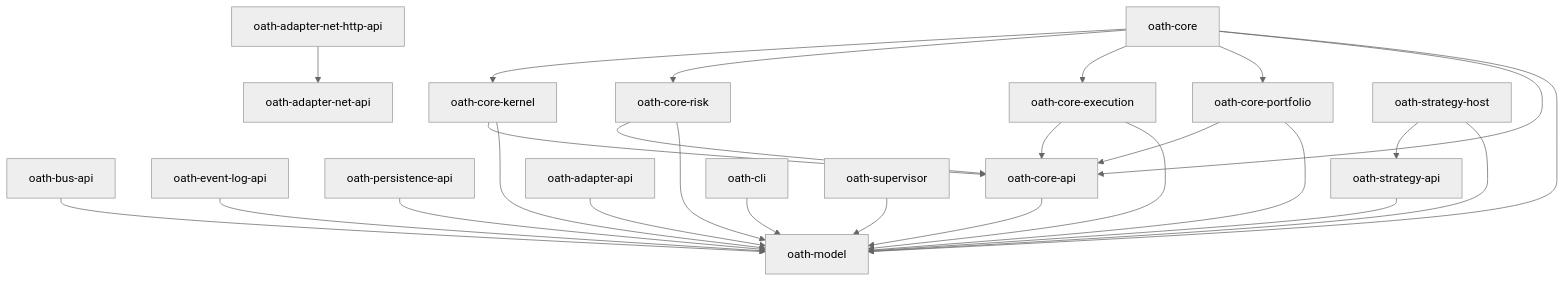
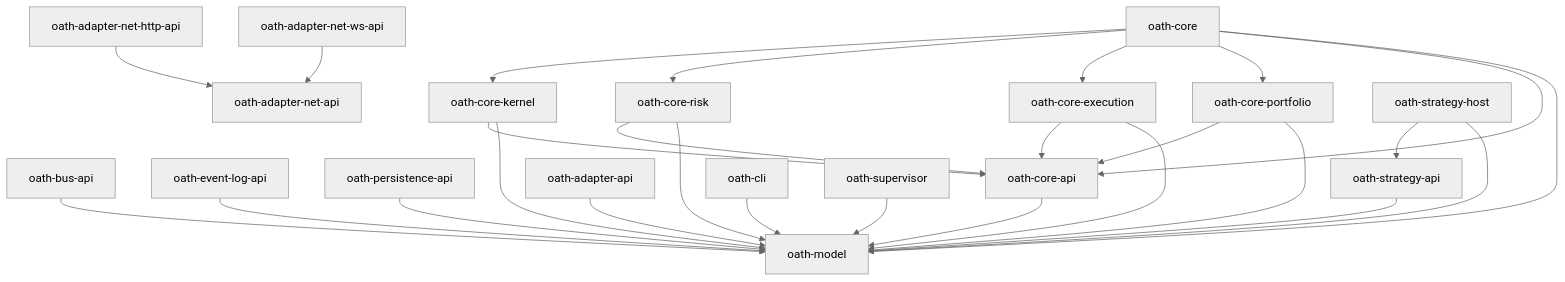
Before and after one commit to NotAProfDev/oath: the diagram in README.md, drawn with Mermaid (neutral theme). The commit also changed other lines of this file and 17 other files, not shown here.

First line of the commit message:
feat(net): WebSocket transport contract — net-ws-api + net-ws-mock (ADR-0032/0033) (#65)

````diff
--- a/README.md
+++ b/README.md
@@ -34,34 +35,35 @@
 ```mermaid
 graph TD
     model[oath-model]
 
     busapi[oath-bus-api] --> model
     evlog[oath-event-log-api] --> model
     perapi[oath-persistence-api] --> model
     coreapi[oath-core-api] --> model
     adapterapi[oath-adapter-api] --> model
     stratapi[oath-strategy-api] --> model
     netapi[oath-adapter-net-api]
     nethttpapi[oath-adapter-net-http-api] --> netapi
+    netwsapi[oath-adapter-net-ws-api] --> netapi
 
     risk[oath-core-risk] --> coreapi
     risk --> model
     exe[oath-core-execution] --> coreapi
     exe --> model
     por[oath-core-portfolio] --> coreapi
     por --> model
     kernel[oath-core-kernel] --> coreapi
     kernel --> model
 
     core[oath-core] --> kernel
     core --> risk
     core --> exe
     core --> por
     core --> coreapi
     core --> model
 
     strathost[oath-strategy-host] --> stratapi
     strathost --> model
     cli[oath-cli] --> model
     sup[oath-supervisor] --> model
 ```
````
